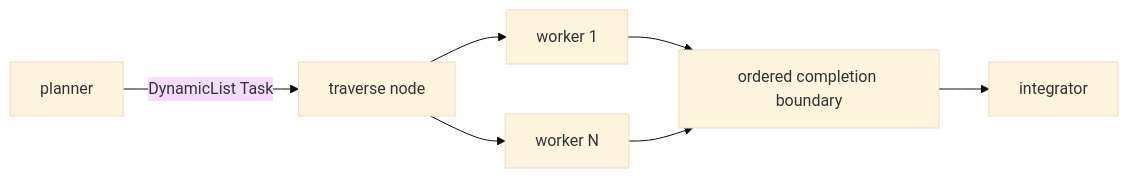
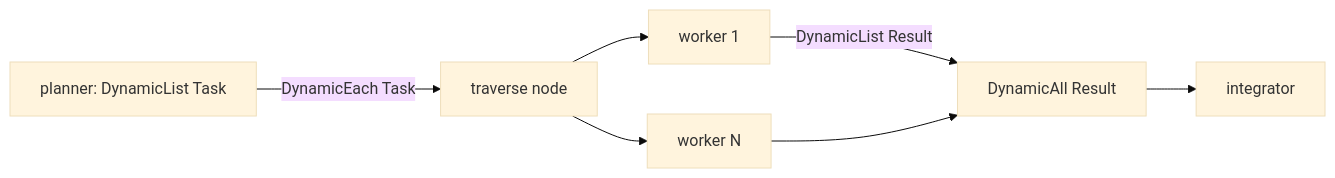
One commit to Demezy/nefor changed the second of 3 diagrams in mag/book/02. nefor/03. Hierarchical Composition.md. Above: the diagram before and after it, drawn with Mermaid (base theme). The commit also changed other lines of this file and 19 other files, not shown here.

````diff
--- a/mag/book/02. nefor/03. Hierarchical Composition.md
+++ b/mag/book/02. nefor/03. Hierarchical Composition.md
@@ -59,9 +61,9 @@
 ```mermaid
 flowchart LR
-  planner["planner"] -->|"DynamicList Task"| expand["traverse node"]
+  planner["planner: DynamicList Task"] -->|"DynamicEach Task"| expand["traverse node"]
   expand --> worker1["worker 1"]
   expand --> workerN["worker N"]
-  worker1 --> context["ordered completion boundary"]
+  worker1 -->|"DynamicList Result"| context["DynamicAll Result"]
   workerN --> context
   context --> integrator["integrator"]
 ```
````
